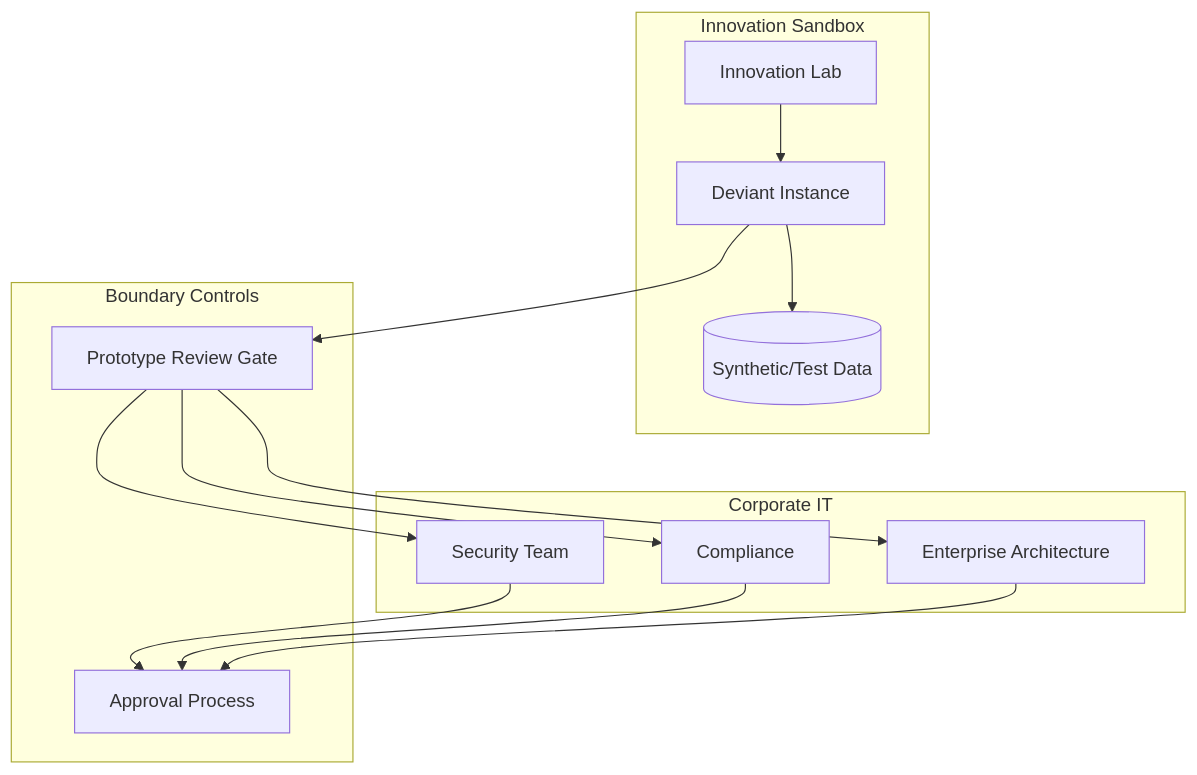
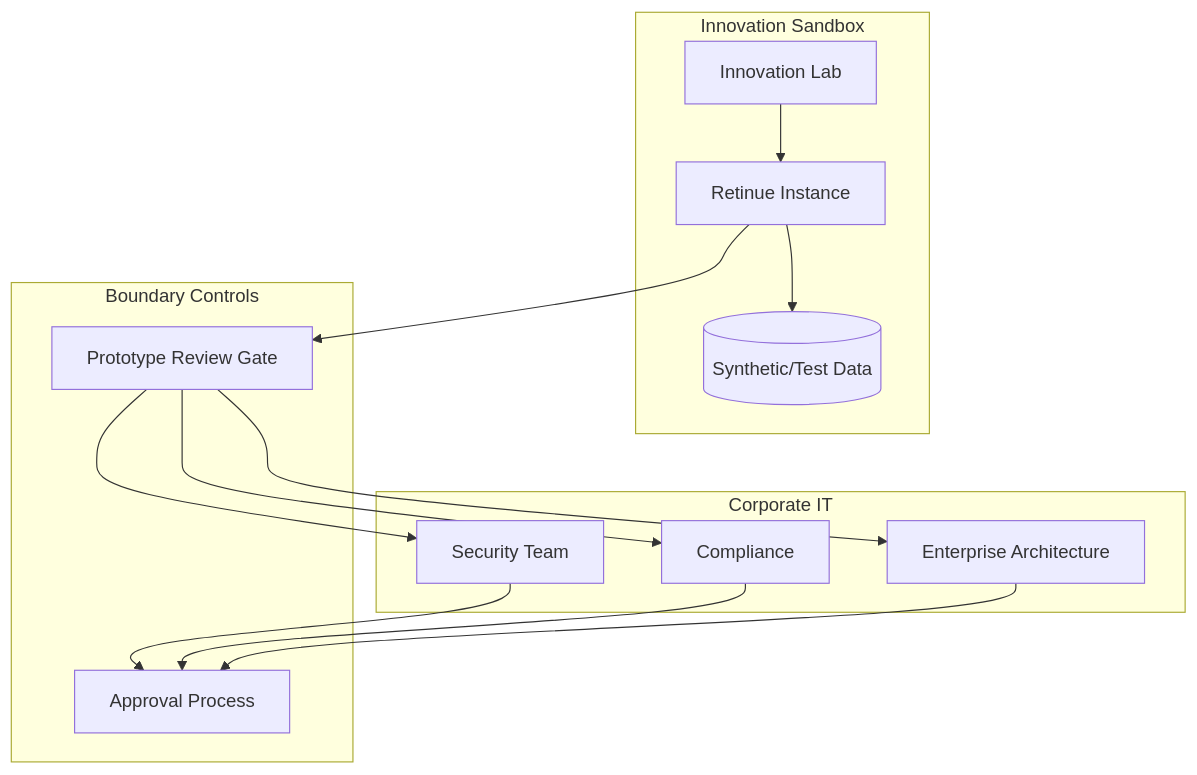
Before and after one commit to nicanor-korir/retinue: the second of 2 diagrams in docs/articles/3-use-cases/04-for-enterprise.md, drawn with Mermaid. The commit also changed other lines of this file and 128 other files, not shown here.

First line of the commit message:
feat(rebrand): rename Deviant/AgentGo to Retinue, rewrite docs, add shared-VPS deploy

````diff
--- a/docs/articles/3-use-cases/04-for-enterprise.md
+++ b/docs/articles/3-use-cases/04-for-enterprise.md
@@ -192,27 +192,27 @@
 ```mermaid
 flowchart TB
     subgraph Sandbox["Innovation Sandbox"]
         Lab[Innovation Lab]
-        Deviant[Deviant Instance]
+        Retinue[Retinue Instance]
         Data[(Synthetic/Test Data)]
     end
 
     subgraph Corporate["Corporate IT"]
         Security[Security Team]
         Compliance[Compliance]
         Architecture[Enterprise Architecture]
     end
 
     subgraph Boundary["Boundary Controls"]
         Review[Prototype Review Gate]
         Approval[Approval Process]
     end
 
-    Lab --> Deviant
-    Deviant --> Data
-    Deviant --> Review
+    Lab --> Retinue
+    Retinue --> Data
+    Retinue --> Review
     Review --> Security
     Review --> Compliance
     Review --> Architecture
     Security & Compliance & Architecture --> Approval
 ```
````
